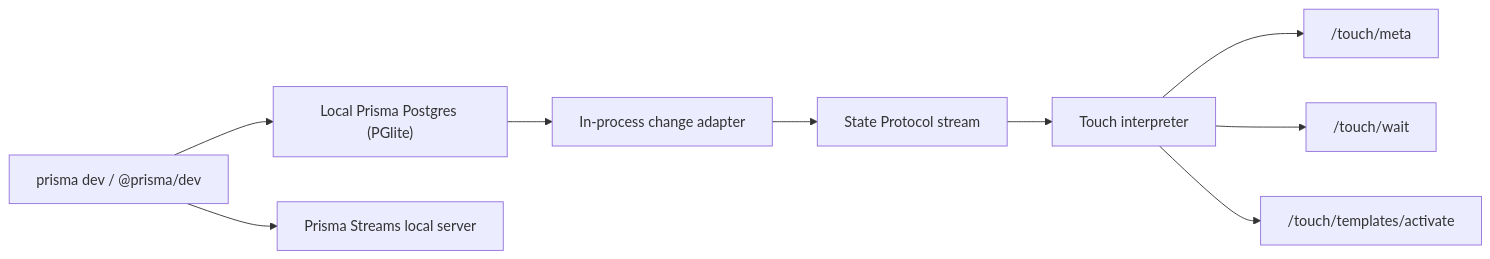
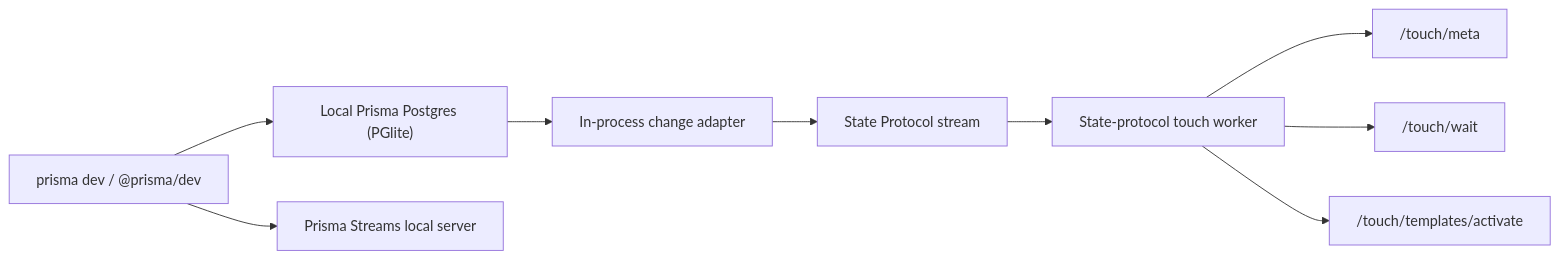
Before and after one commit to prisma/streams: the diagram in docs/prisma-dev-pglite-live.md, drawn with Mermaid. The commit also changed other lines of this file and 64 other files, not shown here.

````diff
--- a/docs/prisma-dev-pglite-live.md
+++ b/docs/prisma-dev-pglite-live.md
@@ -75,11 +75,11 @@
 ```mermaid
 flowchart LR
   A["prisma dev / @prisma/dev"] --> B["Local Prisma Postgres (PGlite)"]
   A --> C["Prisma Streams local server"]
   B --> D["In-process change adapter"]
   D --> E["State Protocol stream"]
-  E --> F["Touch interpreter"]
+  E --> F["State-protocol touch worker"]
   F --> G["/touch/meta"]
   F --> H["/touch/wait"]
   F --> I["/touch/templates/activate"]
 ```
````
